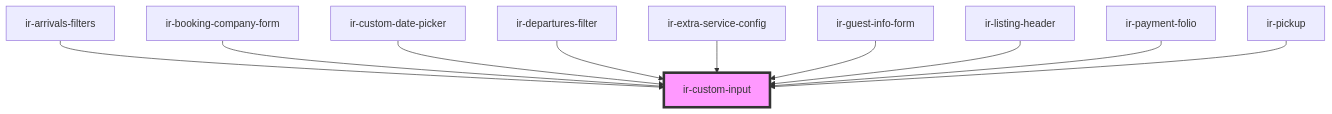
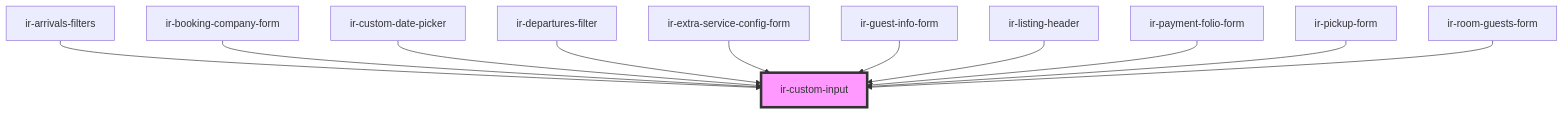
One commit to David1Chowaifaty/modified-ir-webcmp changed the diagram in src/components/ui/ir-custom-input/readme.md. Above: the diagram before and after it, drawn with Mermaid. The commit also changed other lines of this file and 35 other files, not shown here.

First line of the commit message:
Add InvoicableItemType and update InvoicableItemSchema for type safety

````diff
--- a/src/components/ui/ir-custom-input/readme.md
+++ b/src/components/ui/ir-custom-input/readme.md
@@ -70,13 +72,14 @@
 ```mermaid
 graph TD;
   ir-arrivals-filters --> ir-custom-input
   ir-booking-company-form --> ir-custom-input
   ir-custom-date-picker --> ir-custom-input
   ir-departures-filter --> ir-custom-input
-  ir-extra-service-config --> ir-custom-input
+  ir-extra-service-config-form --> ir-custom-input
   ir-guest-info-form --> ir-custom-input
   ir-listing-header --> ir-custom-input
-  ir-payment-folio --> ir-custom-input
-  ir-pickup --> ir-custom-input
+  ir-payment-folio-form --> ir-custom-input
+  ir-pickup-form --> ir-custom-input
+  ir-room-guests-form --> ir-custom-input
   style ir-custom-input fill:#f9f,stroke:#333,stroke-width:4px
 ```
````
